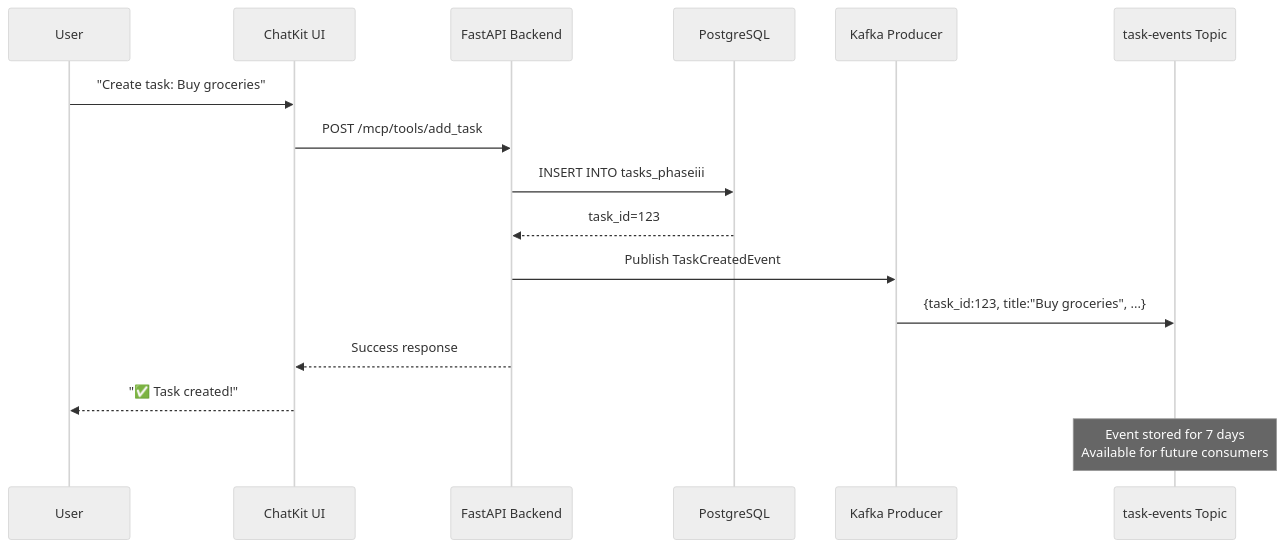
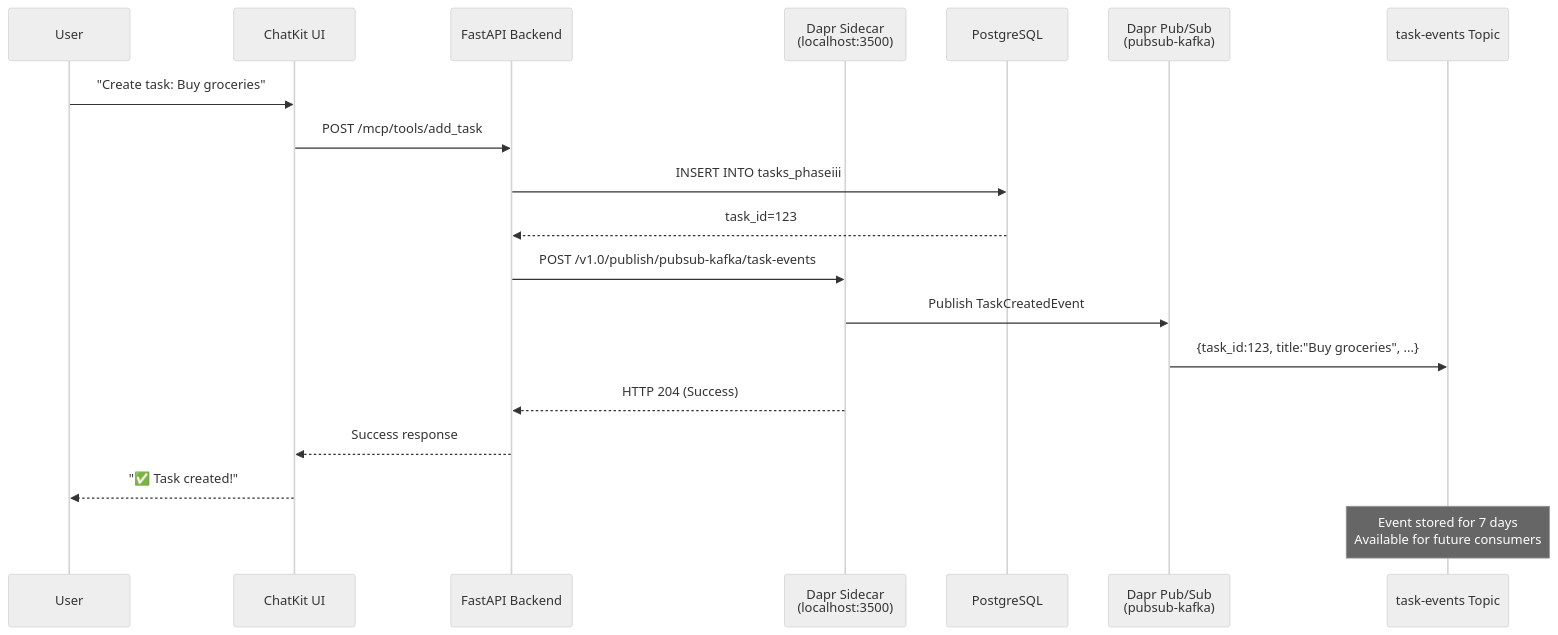
The second of 5 diagrams in phaseV/README.md (Msaleemakhtar/hackathon-II-todo-app), drawn with Mermaid (neutral theme) before and after one commit. The commit also changed other lines of this file and 6 other files, not shown here.

````diff
--- a/phaseV/README.md
+++ b/phaseV/README.md
@@ -178,20 +200,23 @@
 ```mermaid
 sequenceDiagram
     participant User
     participant ChatKit as ChatKit UI
     participant Backend as FastAPI Backend
+    participant Dapr as Dapr Sidecar<br/>(localhost:3500)
     participant DB as PostgreSQL
-    participant Producer as Kafka Producer
+    participant PubSub as Dapr Pub/Sub<br/>(pubsub-kafka)
     participant Topic as task-events Topic
 
     User->>ChatKit: "Create task: Buy groceries"
     ChatKit->>Backend: POST /mcp/tools/add_task
     Backend->>DB: INSERT INTO tasks_phaseiii
     DB-->>Backend: task_id=123
-    Backend->>Producer: Publish TaskCreatedEvent
-    Producer->>Topic: {task_id:123, title:"Buy groceries", ...}
+    Backend->>Dapr: POST /v1.0/publish/pubsub-kafka/task-events
+    Dapr->>PubSub: Publish TaskCreatedEvent
+    PubSub->>Topic: {task_id:123, title:"Buy groceries", ...}
+    Dapr-->>Backend: HTTP 204 (Success)
     Backend-->>ChatKit: Success response
     ChatKit-->>User: "✅ Task created!"
 
     Note over Topic: Event stored for 7 days<br/>Available for future consumers
 ```
````
